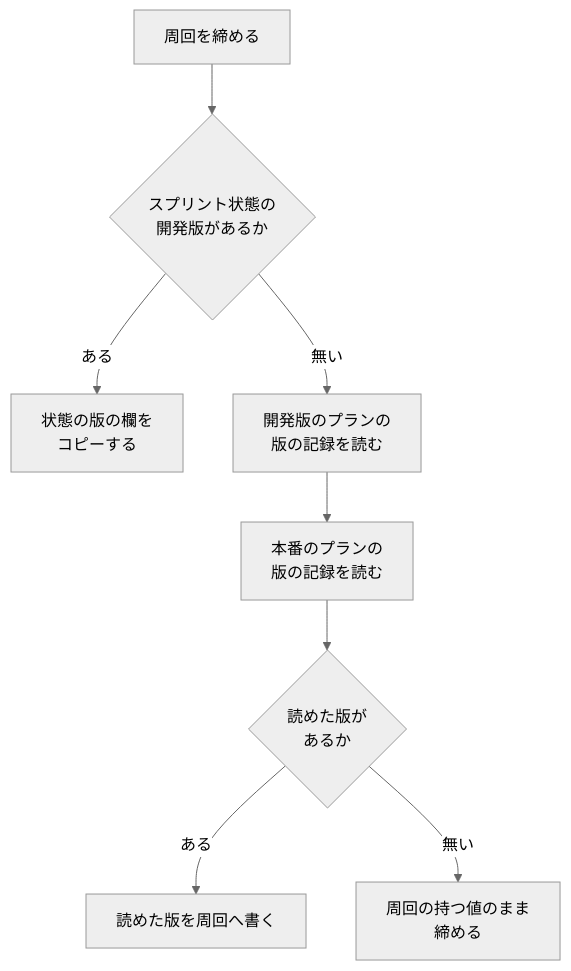
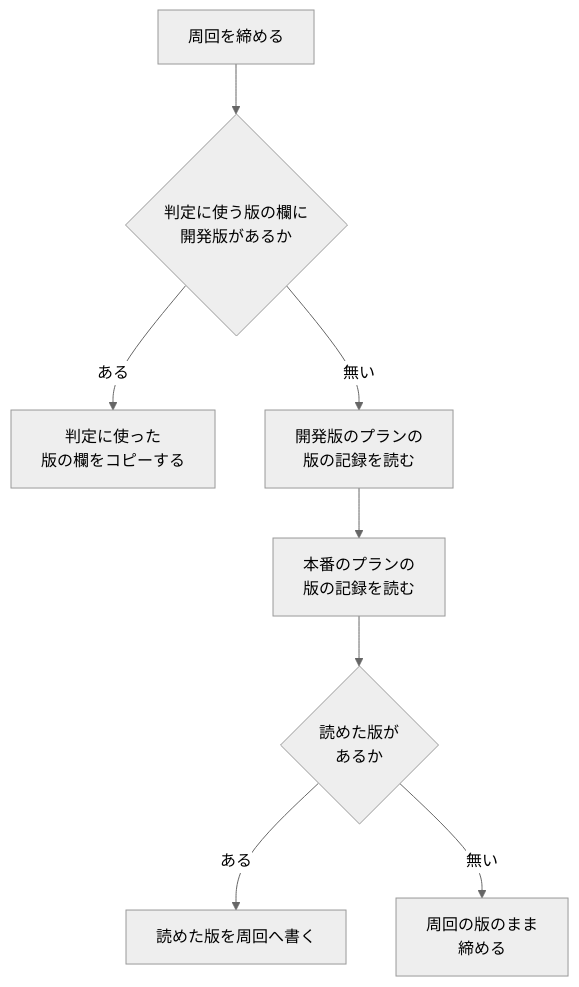
One commit to devbasex/ai-plugins changed the fifth of 5 diagrams in issues/issue-2354-design.md. Above: the diagram before and after it, drawn with Mermaid (neutral theme). The commit also changed other lines of this file, not shown here.

First line of the commit message:
Docs: 開発ループの設計の語と図を読み手が問い直さずに読める形へそろえる

````diff
--- a/issues/issue-2354-design.md
+++ b/issues/issue-2354-design.md
@@ -296,10 +298,10 @@
 ```mermaid
 graph TD
-    A[周回を締める] --> B{スプリント状態の<br/>開発版があるか}
-    B -->|ある| C[状態の版の欄を<br/>コピーする]
+    A[周回を締める] --> B{判定に使う版の欄に<br/>開発版があるか}
+    B -->|ある| C[判定に使った<br/>版の欄をコピーする]
     B -->|無い| D[開発版のプランの<br/>版の記録を読む]
     D --> E[本番のプランの<br/>版の記録を読む]
     E --> F{読めた版が<br/>あるか}
     F -->|ある| G[読めた版を周回へ書く]
-    F -->|無い| H[周回の持つ値のまま<br/>締める]
+    F -->|無い| H[周回の版のまま<br/>締める]
 ```
````
